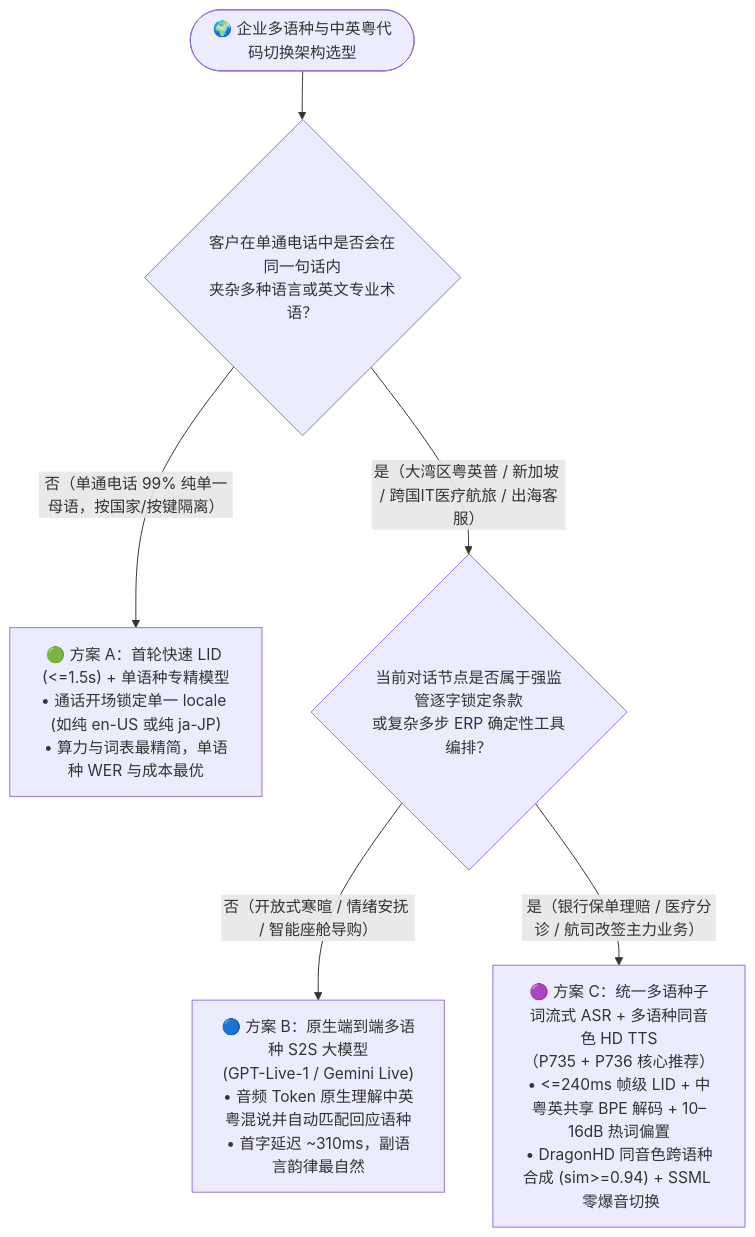
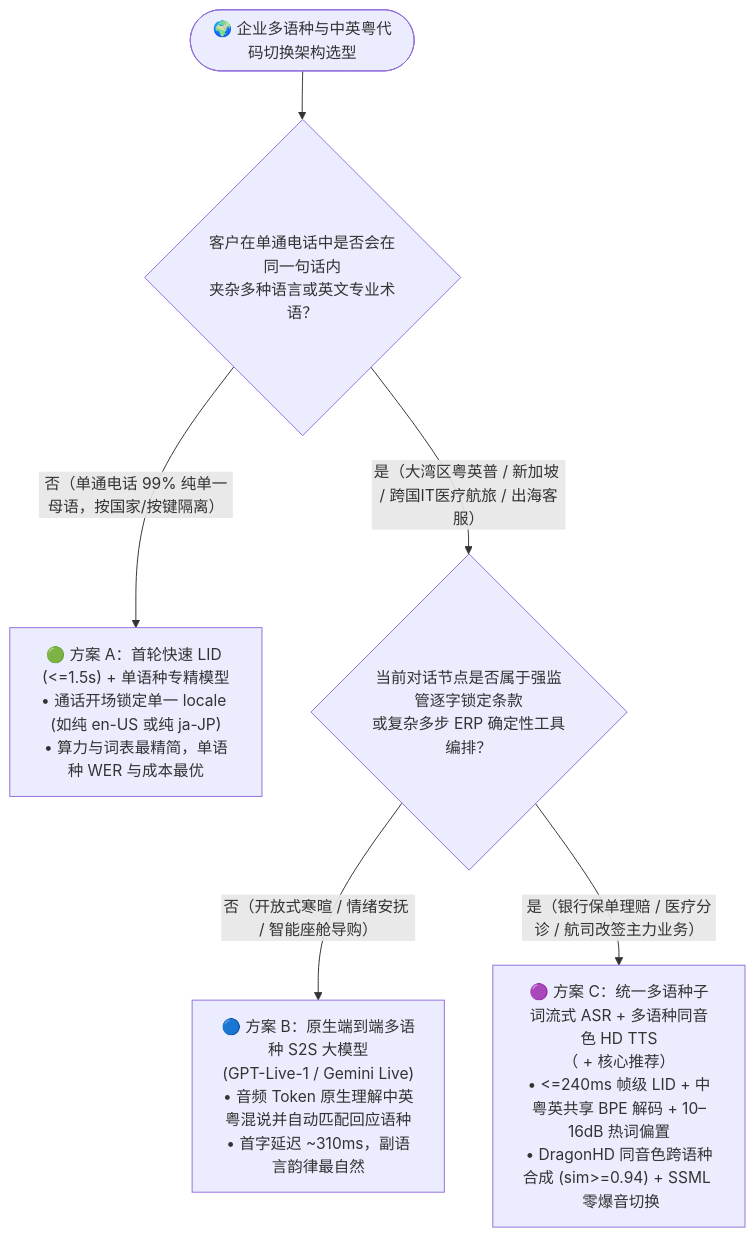
One commit to turbo998/voice-agent-lab changed the first of 3 diagrams in docs/voice-multilingual-codeswitch-dialect-faq.md. Above: the diagram before and after it, drawn with Mermaid. The commit also changed other lines of this file and 715 other files, not shown here.

````diff
--- a/docs/voice-multilingual-codeswitch-dialect-faq.md
+++ b/docs/voice-multilingual-codeswitch-dialect-faq.md
@@ -78,12 +78,12 @@
 ```mermaid
 flowchart TD
-    Start(["🌍 企业多语种与中英粤代码切换架构选型"]) --> Q1{"客户在单通电话中是否会在同一句话内\n夹杂多种语言或英文专业术语？"}
+ Start(["🌍 企业多语种与中英粤代码切换架构选型"]) --> Q1{"客户在单通电话中是否会在同一句话内\n夹杂多种语言或英文专业术语？"}
 
-    Q1 -- "否（单通电话 99% 纯单一母语，按国家/按键隔离）" --> ArchA["🟢 方案 A：首轮快速 LID (<=1.5s) + 单语种专精模型\n• 通话开场锁定单一 locale (如纯 en-US 或纯 ja-JP)\n• 算力与词表最精简，单语种 WER 与成本最优"]
+ Q1 -- "否（单通电话 99% 纯单一母语，按国家/按键隔离）" --> ArchA["🟢 方案 A：首轮快速 LID (<=1.5s) + 单语种专精模型\n• 通话开场锁定单一 locale (如纯 en-US 或纯 ja-JP)\n• 算力与词表最精简，单语种 WER 与成本最优"]
 
-    Q1 -- "是（大湾区粤英普 / 新加坡 / 跨国IT医疗航旅 / 出海客服）" --> Q2{"当前对话节点是否属于强监管逐字锁定条款\n或复杂多步 ERP 确定性工具编排？"}
+ Q1 -- "是（大湾区粤英普 / 新加坡 / 跨国IT医疗航旅 / 出海客服）" --> Q2{"当前对话节点是否属于强监管逐字锁定条款\n或复杂多步 ERP 确定性工具编排？"}
 
-    Q2 -- "否（开放式寒暄 / 情绪安抚 / 智能座舱导购）" --> ArchB["🔵 方案 B：原生端到端多语种 S2S 大模型\n(GPT-Live-1 / Gemini Live)\n• 音频 Token 原生理解中英粤混说并自动匹配回应语种\n• 首字延迟 ~310ms，副语言韵律最自然"]
+ Q2 -- "否（开放式寒暄 / 情绪安抚 / 智能座舱导购）" --> ArchB["🔵 方案 B：原生端到端多语种 S2S 大模型\n(GPT-Live-1 / Gemini Live)\n• 音频 Token 原生理解中英粤混说并自动匹配回应语种\n• 首字延迟 ~310ms，副语言韵律最自然"]
 
-    Q2 -- "是（银行保单理赔 / 医疗分诊 / 航司改签主力业务）" --> ArchC["🟣 方案 C：统一多语种子词流式 ASR + 多语种同音色 HD TTS\n（P735 + P736 核心推荐）\n• <=240ms 帧级 LID + 中粤英共享 BPE 解码 + 10–16dB 热词偏置\n• DragonHD 同音色跨语种合成 (sim>=0.94) + SSML <lang> 零爆音切换"]
+ Q2 -- "是（银行保单理赔 / 医疗分诊 / 航司改签主力业务）" --> ArchC["🟣 方案 C：统一多语种子词流式 ASR + 多语种同音色 HD TTS\n（ + 核心推荐）\n• <=240ms 帧级 LID + 中粤英共享 BPE 解码 + 10–16dB 热词偏置\n• DragonHD 同音色跨语种合成 (sim>=0.94) + SSML <lang> 零爆音切换"]
 ```
````
